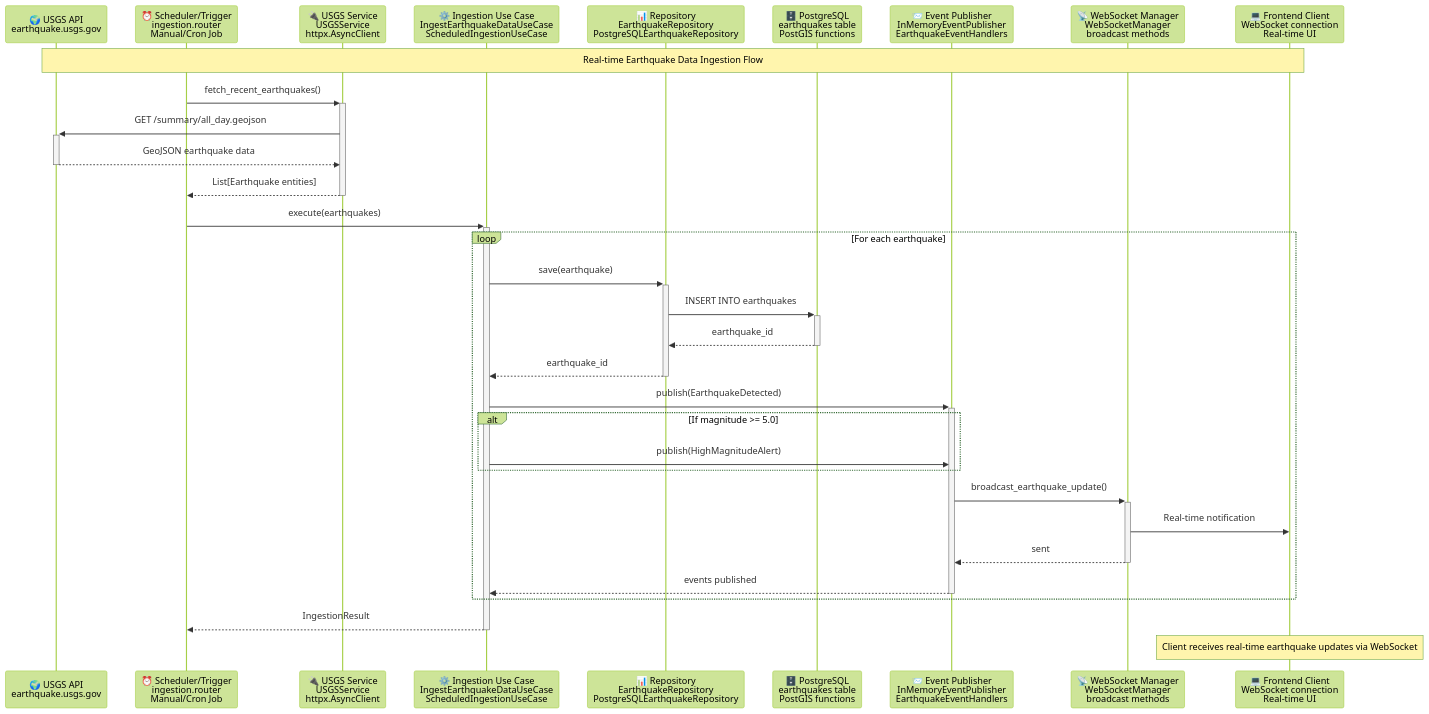
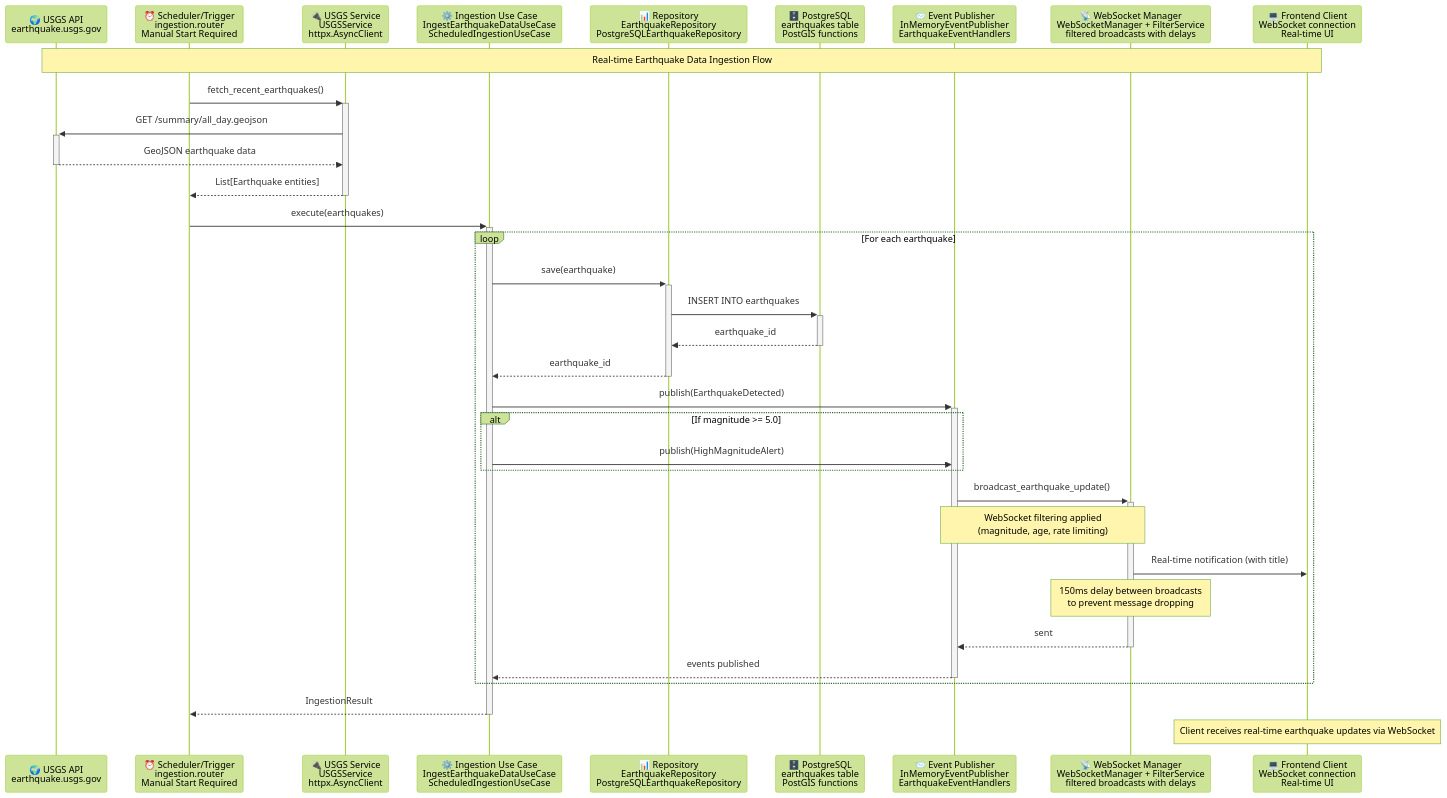
The second of 5 diagrams in earthquake-monitor/README.md (L3pereira/ndgms), drawn with Mermaid (forest theme) before and after one commit. The commit also changed other lines of this file and 43 other files, not shown here.

Commit message:
Implement manual scheduler control, WebSocket burst prevention, and earthquake title field support

````diff
--- a/earthquake-monitor/README.md
+++ b/earthquake-monitor/README.md
@@ -288,42 +289,44 @@
 ```mermaid
 sequenceDiagram
     participant USGS as 🌍 USGS API<br/>earthquake.usgs.gov
-    participant Scheduler as ⏰ Scheduler/Trigger<br/>ingestion.router<br/>Manual/Cron Job
+    participant Scheduler as ⏰ Scheduler/Trigger<br/>ingestion.router<br/>Manual Start Required
     participant USGSService as 🔌 USGS Service<br/>USGSService<br/>httpx.AsyncClient
     participant UseCase as ⚙️ Ingestion Use Case<br/>IngestEarthquakeDataUseCase<br/>ScheduledIngestionUseCase
     participant Repository as 📊 Repository<br/>EarthquakeRepository<br/>PostgreSQLEarthquakeRepository
     participant PostgreSQL as 🗄️ PostgreSQL<br/>earthquakes table<br/>PostGIS functions
     participant Events as 📨 Event Publisher<br/>InMemoryEventPublisher<br/>EarthquakeEventHandlers
-    participant WebSocket as 📡 WebSocket Manager<br/>WebSocketManager<br/>broadcast methods
+    participant WebSocket as 📡 WebSocket Manager<br/>WebSocketManager + FilterService<br/>filtered broadcasts with delays
     participant Client as 💻 Frontend Client<br/>WebSocket connection<br/>Real-time UI
 
     Note over USGS,Client: Real-time Earthquake Data Ingestion Flow
 
     %% Data Ingestion
     Scheduler->>+USGSService: fetch_recent_earthquakes()
     USGSService->>+USGS: GET /summary/all_day.geojson
     USGS-->>-USGSService: GeoJSON earthquake data
     USGSService-->>-Scheduler: List[Earthquake entities]
 
     Scheduler->>+UseCase: execute(earthquakes)
     loop For each earthquake
         UseCase->>+Repository: save(earthquake)
         Repository->>+PostgreSQL: INSERT INTO earthquakes
         PostgreSQL-->>-Repository: earthquake_id
         Repository-->>-UseCase: earthquake_id
 
         %% Domain Events
         UseCase->>+Events: publish(EarthquakeDetected)
         alt If magnitude >= 5.0
             UseCase->>Events: publish(HighMagnitudeAlert)
         end
 
         Events->>+WebSocket: broadcast_earthquake_update()
-        WebSocket->>Client: Real-time notification
+        Note over Events,WebSocket: WebSocket filtering applied<br/>(magnitude, age, rate limiting)
+        WebSocket->>Client: Real-time notification (with title)
+        Note over WebSocket: 150ms delay between broadcasts<br/>to prevent message dropping
         WebSocket-->>-Events: sent
         Events-->>-UseCase: events published
     end
     UseCase-->>-Scheduler: IngestionResult
 
     Note over Client: Client receives real-time earthquake updates via WebSocket
 ```
````
